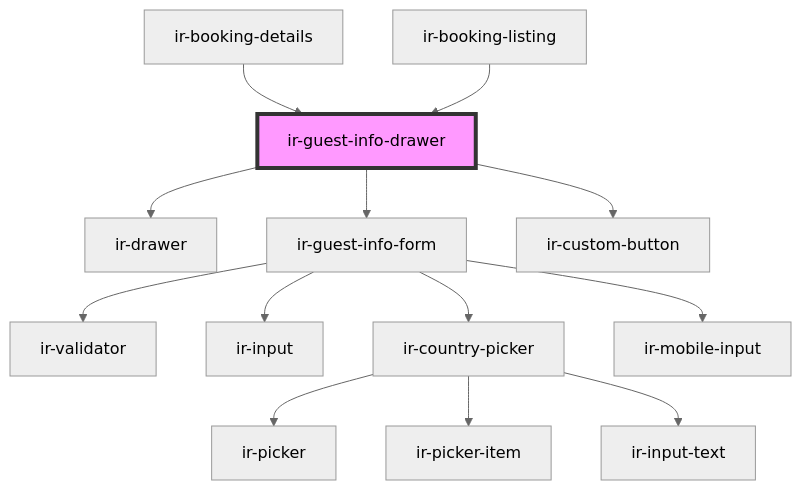
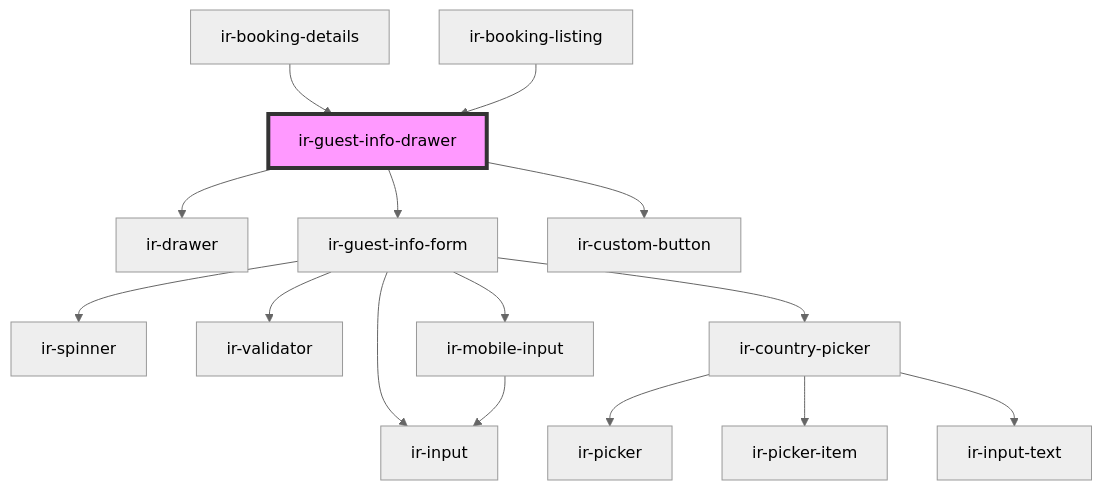
Before and after one commit to David1Chowaifaty/modified-ir-webcmp: the diagram in src/components/ir-guest-info/ir-guest-info-drawer/readme.md, drawn with Mermaid (neutral theme). The commit also changed 41 other files, not shown here.

````diff
--- a/src/components/ir-guest-info/ir-guest-info-drawer/readme.md
+++ b/src/components/ir-guest-info/ir-guest-info-drawer/readme.md
@@ -43,16 +43,18 @@
 ```mermaid
 graph TD;
   ir-guest-info-drawer --> ir-drawer
   ir-guest-info-drawer --> ir-guest-info-form
   ir-guest-info-drawer --> ir-custom-button
+  ir-guest-info-form --> ir-spinner
   ir-guest-info-form --> ir-validator
   ir-guest-info-form --> ir-input
   ir-guest-info-form --> ir-country-picker
   ir-guest-info-form --> ir-mobile-input
   ir-country-picker --> ir-picker
   ir-country-picker --> ir-picker-item
   ir-country-picker --> ir-input-text
+  ir-mobile-input --> ir-input
   ir-booking-details --> ir-guest-info-drawer
   ir-booking-listing --> ir-guest-info-drawer
   style ir-guest-info-drawer fill:#f9f,stroke:#333,stroke-width:4px
 ```
````
